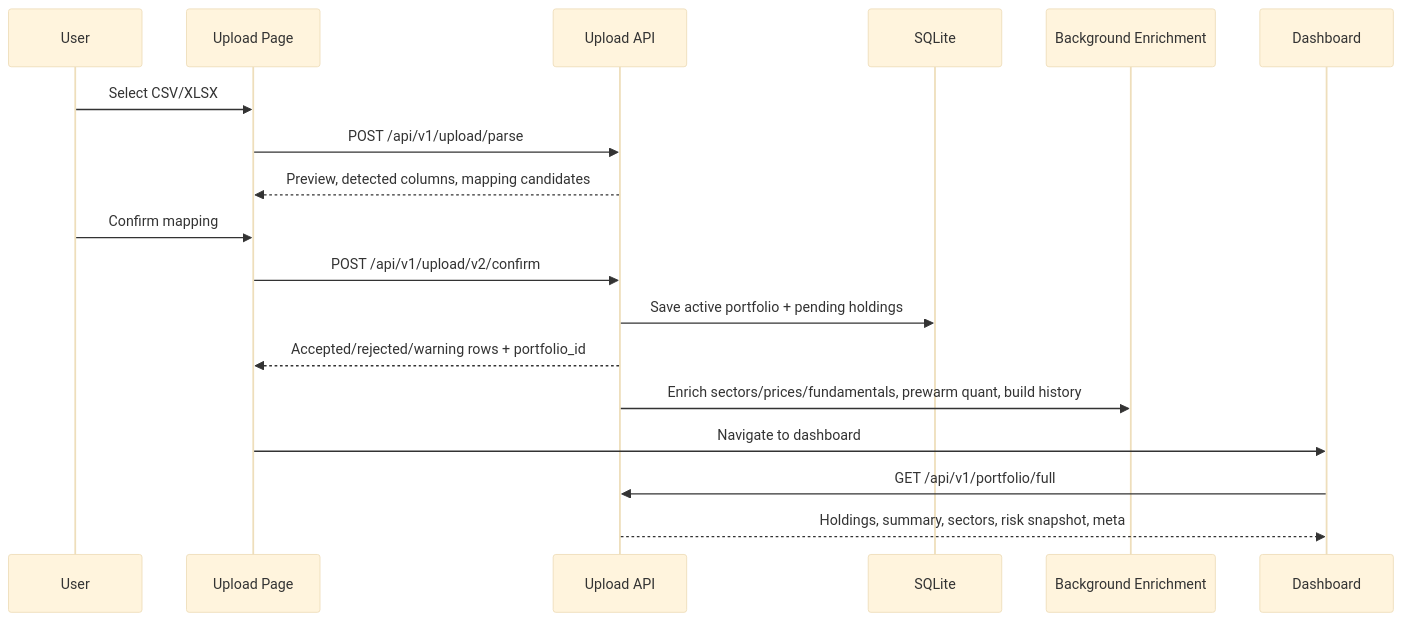
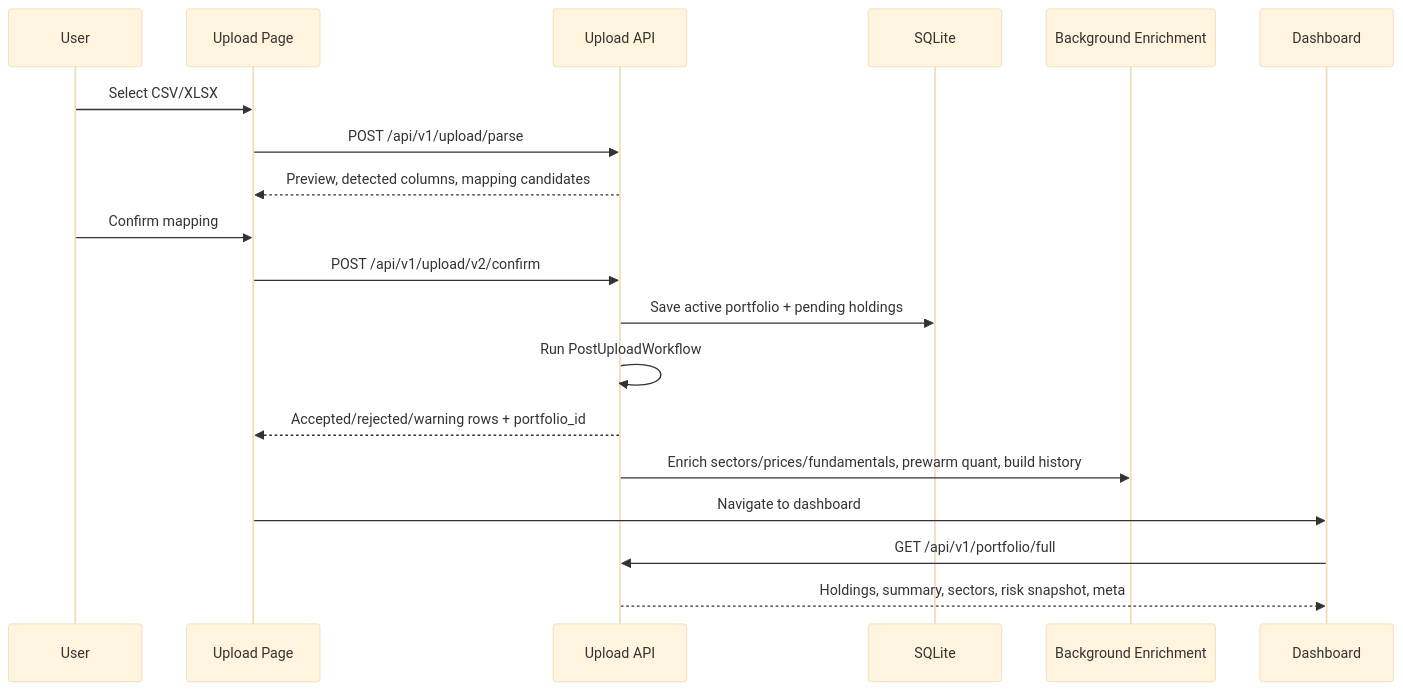
Before and after one commit to dhruvtantia/P-insight-Beta-version: the second of 2 diagrams in docs/architecture-design-current.md, drawn with Mermaid (base theme). The commit also changed other lines of this file and 4 other files, not shown here.

````diff
--- a/docs/architecture-design-current.md
+++ b/docs/architecture-design-current.md
@@ -62,21 +71,22 @@
 ```mermaid
 sequenceDiagram
   participant U as User
   participant FE as Upload Page
   participant API as Upload API
   participant DB as SQLite
   participant BG as Background Enrichment
   participant Dash as Dashboard
 
   U->>FE: Select CSV/XLSX
   FE->>API: POST /api/v1/upload/parse
   API-->>FE: Preview, detected columns, mapping candidates
   U->>FE: Confirm mapping
   FE->>API: POST /api/v1/upload/v2/confirm
   API->>DB: Save active portfolio + pending holdings
+  API->>API: Run PostUploadWorkflow
   API-->>FE: Accepted/rejected/warning rows + portfolio_id
   API->>BG: Enrich sectors/prices/fundamentals, prewarm quant, build history
   FE->>Dash: Navigate to dashboard
   Dash->>API: GET /api/v1/portfolio/full
   API-->>Dash: Holdings, summary, sectors, risk snapshot, meta
 ```
````
